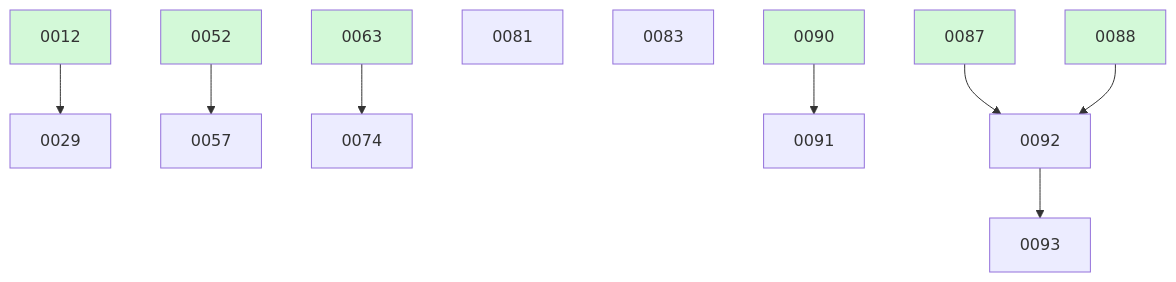
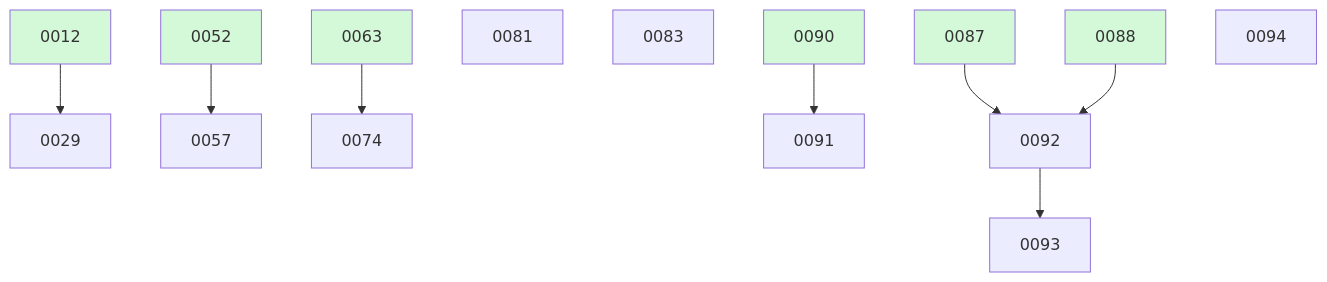
One commit to ethanhinson/fuse changed the diagram in docs/changes/BOARD.md. Above: the diagram before and after it, drawn with Mermaid. The commit also changed other lines of this file and 1 other file, not shown here.

````diff
--- a/docs/changes/BOARD.md
+++ b/docs/changes/BOARD.md
@@ -33,19 +34,20 @@
 ```mermaid
 graph TD
   0012 --> 0029
   0052 --> 0057
   0063 --> 0074
   0081
   0083
   0090 --> 0091
   0087 --> 0092
   0088 --> 0092
   0092 --> 0093
+  0094
   0012:::done
   0052:::done
   0063:::done
   0087:::done
   0088:::done
   0090:::done
   classDef done fill:#d3f9d8;
 ```
````
